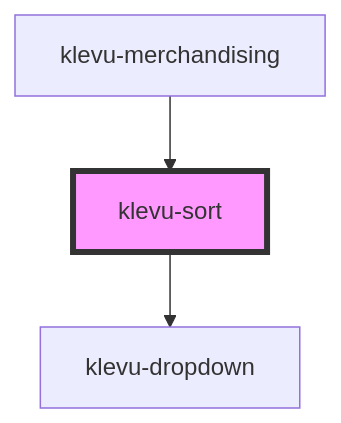
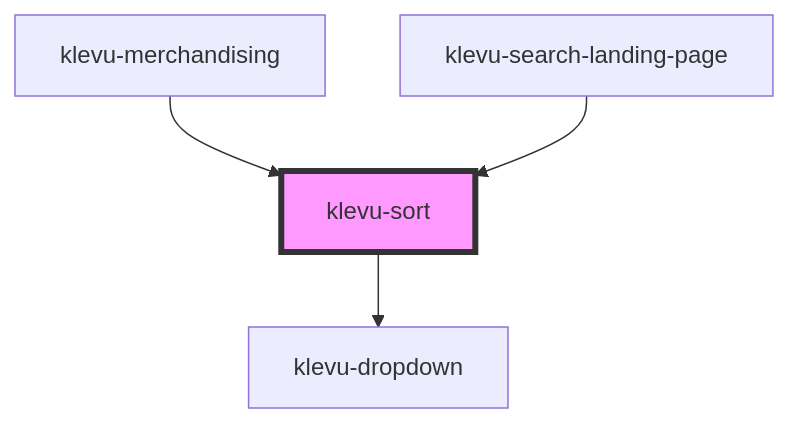
One commit to klevultd/frontend-sdk changed the diagram in packages/klevu-ui/src/components/klevu-sort/readme.md. Above: the diagram before and after it, drawn with Mermaid. The commit also changed other lines of this file and 26 other files, not shown here.

````diff
--- a/packages/klevu-ui/src/components/klevu-sort/readme.md
+++ b/packages/klevu-ui/src/components/klevu-sort/readme.md
@@ -28,6 +29,7 @@
 ```mermaid
 graph TD;
   klevu-sort --> klevu-dropdown
   klevu-merchandising --> klevu-sort
+  klevu-search-landing-page --> klevu-sort
   style klevu-sort fill:#f9f,stroke:#333,stroke-width:4px
 ```
````
